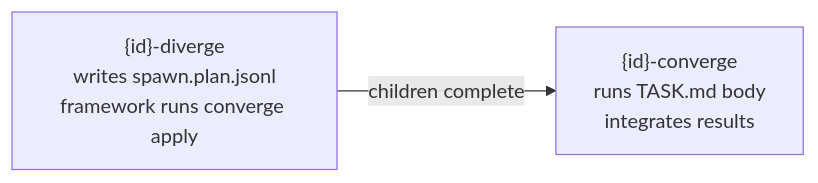
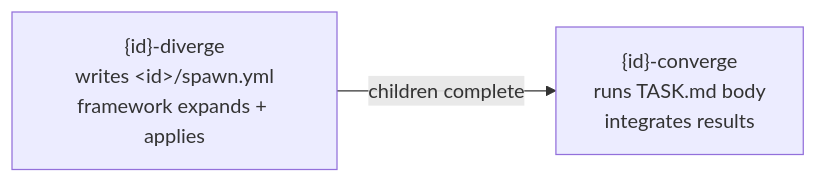
Before and after one commit to openplaybooks-dev/converge: the diagram in docs/concepts/convergence.md, drawn with Mermaid. The commit also changed other lines of this file and 42 other files, not shown here.

````diff
--- a/docs/concepts/convergence.md
+++ b/docs/concepts/convergence.md
@@ -54,4 +54,4 @@
 ```mermaid
 graph LR
-    D["{id}-diverge<br/>writes spawn.plan.jsonl<br/>framework runs converge apply"] -->|"children complete"| C["{id}-converge<br/>runs TASK.md body<br/>integrates results"]
+    D["{id}-diverge<br/>writes &lt;id&gt;/spawn.yml<br/>framework expands + applies"] -->|"children complete"| C["{id}-converge<br/>runs TASK.md body<br/>integrates results"]
 ```
````
